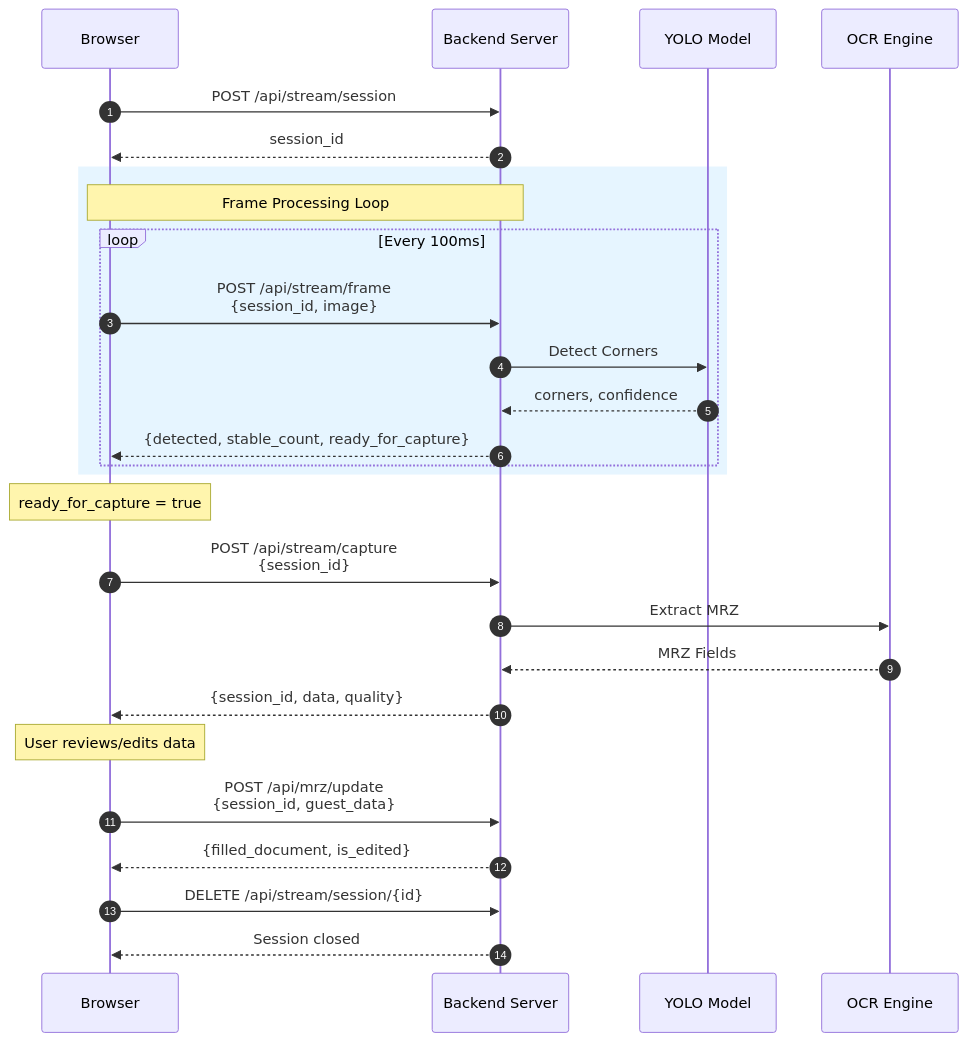
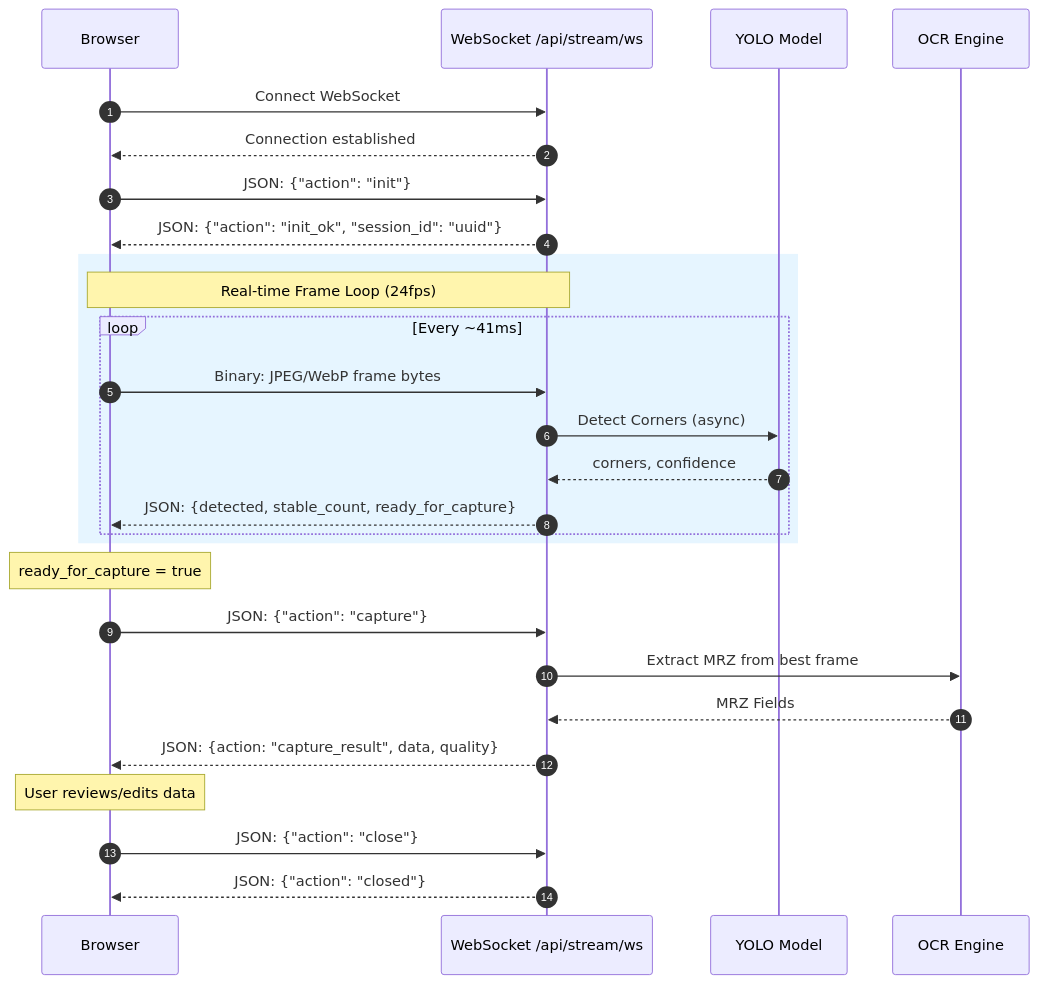
The second of 4 diagrams in kiosk/app/README.md (omarmx9/smart-hotel), drawn with Mermaid before and after one commit. The commit also changed other lines of this file and 22 other files, not shown here.

````diff
--- a/kiosk/app/README.md
+++ b/kiosk/app/README.md
@@ -101,34 +127,34 @@
 ```mermaid
 sequenceDiagram
     autonumber
     participant B as Browser
-    participant S as Backend Server
+    participant W as WebSocket /api/stream/ws
     participant M as YOLO Model
     participant O as OCR Engine
     
-    B->>S: POST /api/stream/session
-    S-->>B: session_id
+    B->>W: Connect WebSocket
+    W-->>B: Connection established
+    
+    B->>W: JSON: {"action": "init"}
+    W-->>B: JSON: {"action": "init_ok", "session_id": "uuid"}
     
     rect rgb(230, 245, 255)
-        Note over B,S: Frame Processing Loop
-        loop Every 100ms
-            B->>S: POST /api/stream/frame<br/>{session_id, image}
-            S->>M: Detect Corners
-            M-->>S: corners, confidence
-            S-->>B: {detected, stable_count, ready_for_capture}
+        Note over B,W: Real-time Frame Loop (24fps)
+        loop Every ~41ms
+            B->>W: Binary: JPEG/WebP frame bytes
+            W->>M: Detect Corners (async)
+            M-->>W: corners, confidence
+            W-->>B: JSON: {detected, stable_count, ready_for_capture}
         end
     end
     
     Note over B: ready_for_capture = true
-    B->>S: POST /api/stream/capture<br/>{session_id}
-    S->>O: Extract MRZ
-    O-->>S: MRZ Fields
-    S-->>B: {session_id, data, quality}
+    B->>W: JSON: {"action": "capture"}
+    W->>O: Extract MRZ from best frame
+    O-->>W: MRZ Fields
+    W-->>B: JSON: {action: "capture_result", data, quality}
     
     Note over B: User reviews/edits data
-    B->>S: POST /api/mrz/update<br/>{session_id, guest_data}
-    S-->>B: {filled_document, is_edited}
-    
-    B->>S: DELETE /api/stream/session/{id}
-    S-->>B: Session closed
+    B->>W: JSON: {"action": "close"}
+    W-->>B: JSON: {"action": "closed"}
 ```
````
